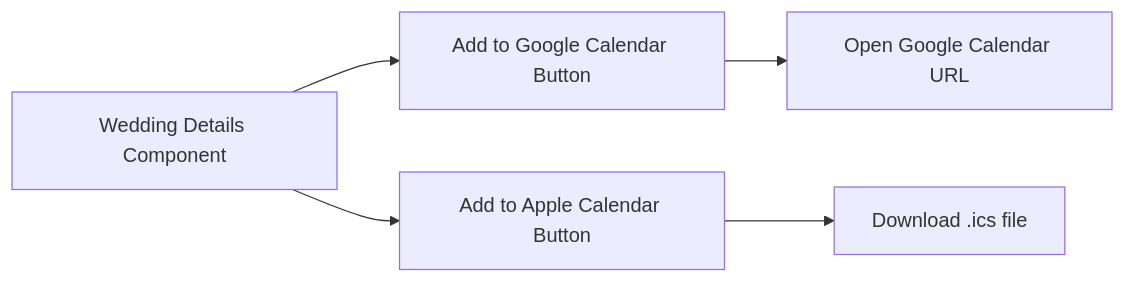
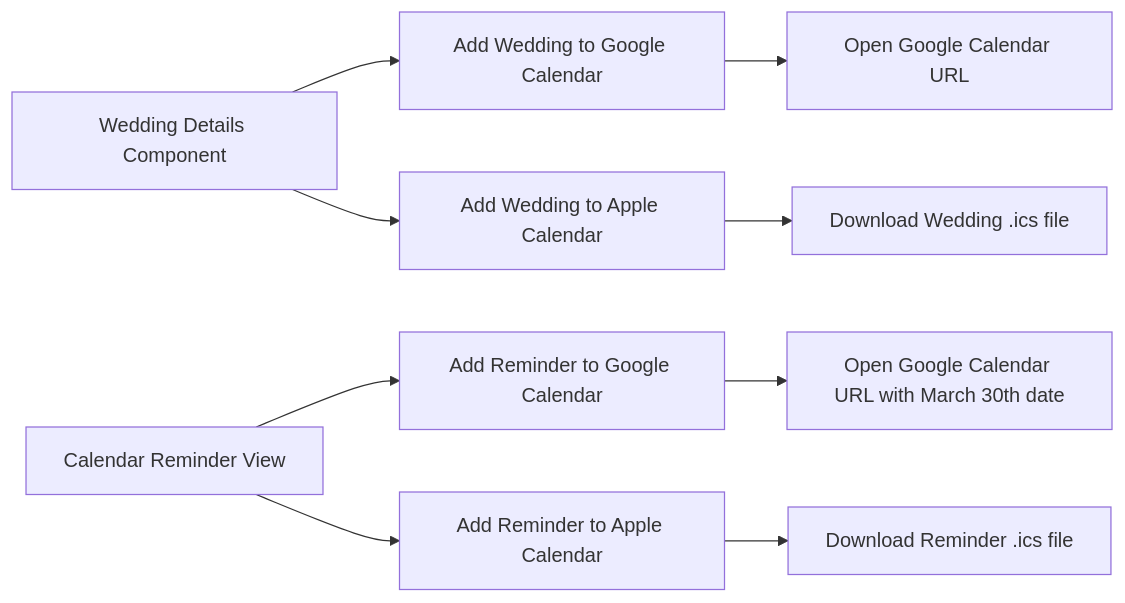
The third of 4 diagrams in README.md (mangodevio/RSVP), drawn with Mermaid before and after one commit. The commit also changed other lines of this file and 1 other file, not shown here.

````diff
--- a/README.md
+++ b/README.md
@@ -63,7 +70,12 @@
 ```mermaid
 flowchart LR
-    A[Wedding Details Component] --> B[Add to Google Calendar Button]
-    A --> C[Add to Apple Calendar Button]
+    A[Wedding Details Component] --> B[Add Wedding to Google Calendar]
+    A --> C[Add Wedding to Apple Calendar]
     B --> D[Open Google Calendar URL]
-    C --> E[Download .ics file]
+    C --> E[Download Wedding .ics file]
+
+    F[Calendar Reminder View] --> G[Add Reminder to Google Calendar]
+    F --> H[Add Reminder to Apple Calendar]
+    G --> I[Open Google Calendar URL with March 30th date]
+    H --> J[Download Reminder .ics file]
 ```
````
